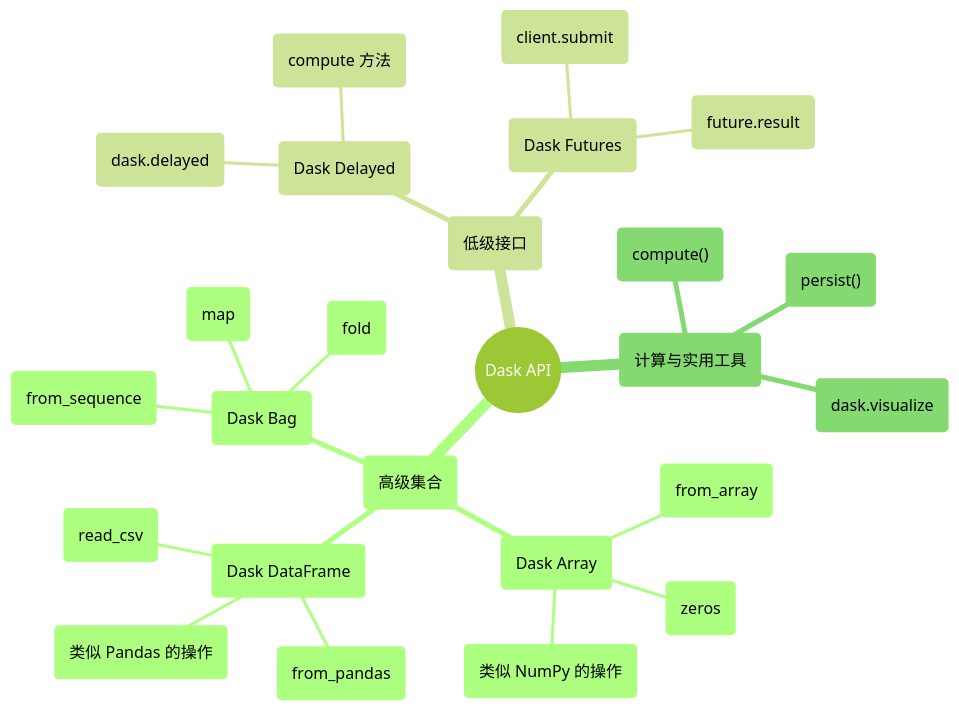
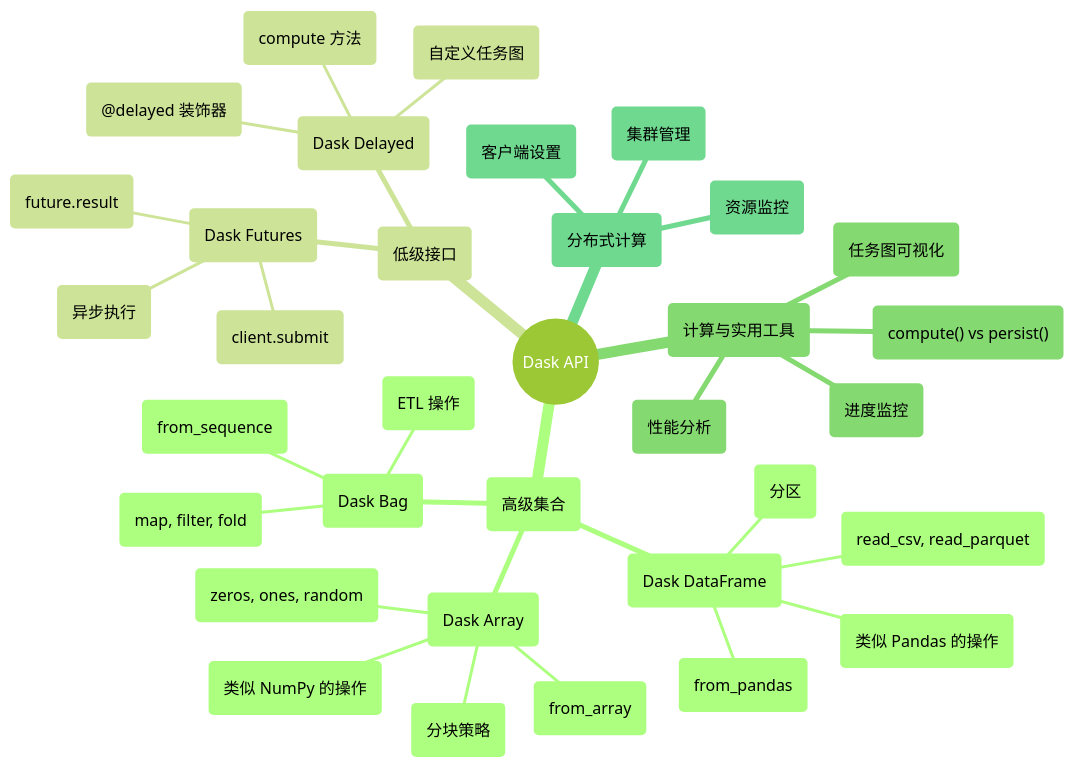
One commit to tt33415366/python_data_process_lib_intro changed the third of 3 diagrams in docs/data-processing/zh/dask_evolution_document.zh.md. Above: the diagram before and after it, drawn with Mermaid (forest theme). The commit also changed other lines of this file and 1 other file, not shown here.

````diff
--- a/docs/data-processing/zh/dask_evolution_document.zh.md
+++ b/docs/data-processing/zh/dask_evolution_document.zh.md
@@ -104,28 +609,37 @@
 ```mermaid
 mindmap
   root((Dask API))
     (高级集合)
       (Dask Array)
         (from_array)
-        (zeros)
+        (zeros, ones, random)
         (类似 NumPy 的操作)
+        (分块策略)
       (Dask DataFrame)
-        (read_csv)
+        (read_csv, read_parquet)
         (from_pandas)
         (类似 Pandas 的操作)
+        (分区)
       (Dask Bag)
         (from_sequence)
-        (map)
-        (fold)
+        (map, filter, fold)
+        (ETL 操作)
     (低级接口)
       (Dask Delayed)
-        (dask.delayed)
+        (@delayed 装饰器)
         (compute 方法)
+        (自定义任务图)
       (Dask Futures)
         (client.submit)
         (future.result)
+        (异步执行)
     (计算与实用工具)
-      ("compute()")
-      ("persist()")
-      (dask.visualize)
+      ("compute() vs persist()")
+      ("任务图可视化")
+      ("进度监控")
+      ("性能分析")
+    (分布式计算)
+      (客户端设置)
+      (集群管理)
+      (资源监控)
 ```
````
